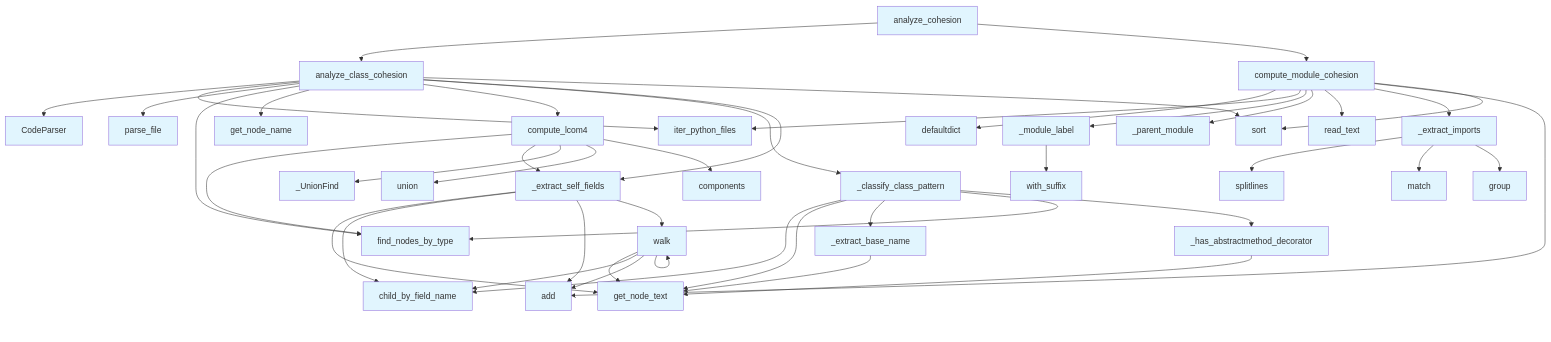
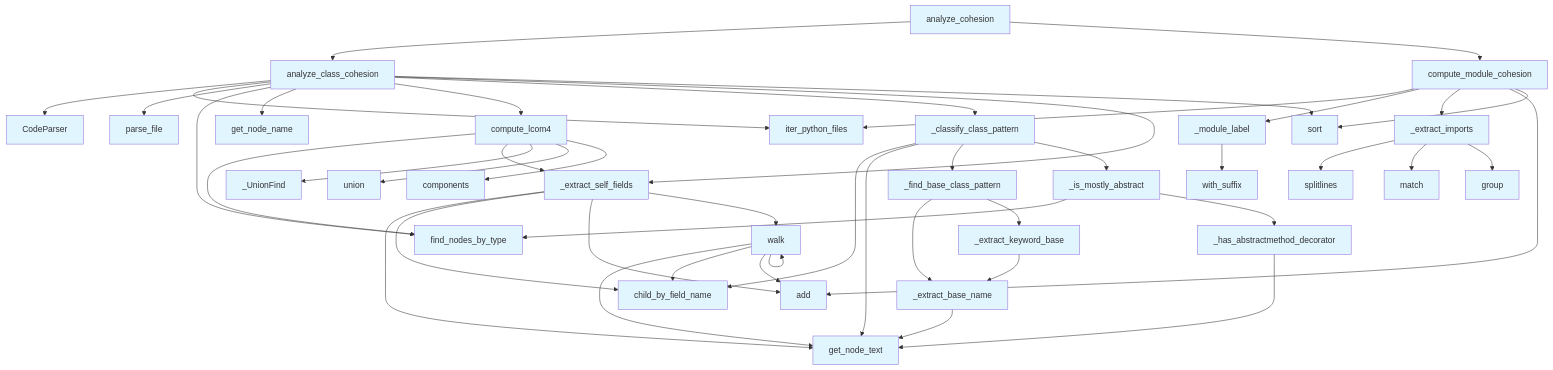
One commit to UrbanDiver/local-deepwiki-mcp changed the second of 2 diagrams in .deepwiki/files/src/local_deepwiki/generators/analysis/cohesion.md. Above: the diagram before and after it, drawn with Mermaid. The commit also changed other lines of this file and 61 other files, not shown here.

````diff
--- a/.deepwiki/files/src/local_deepwiki/generators/analysis/cohesion.md
+++ b/.deepwiki/files/src/local_deepwiki/generators/analysis/cohesion.md
@@ -463,78 +454,79 @@
 ```mermaid
 flowchart TD
     N0[CodeParser]
     N1[_UnionFind]
     N2[_classify_class_pattern]
     N3[_extract_base_name]
     N4[_extract_imports]
-    N5[_extract_self_fields]
-    N6[_has_abstractmethod_decorator]
-    N7[_module_label]
-    N8[_parent_module]
-    N9[add]
-    N10[analyze_class_cohesion]
-    N11[analyze_cohesion]
-    N12[child_by_field_name]
-    N13[components]
-    N14[compute_lcom4]
-    N15[compute_module_cohesion]
-    N16[defaultdict]
-    N17[find_nodes_by_type]
-    N18[get_node_name]
-    N19[get_node_text]
-    N20[group]
-    N21[iter_python_files]
-    N22[match]
-    N23[parse_file]
-    N24[read_text]
+    N5[_extract_keyword_base]
+    N6[_extract_self_fields]
+    N7[_find_base_class_pattern]
+    N8[_has_abstractmethod_decorator]
+    N9[_is_mostly_abstract]
+    N10[_module_label]
+    N11[add]
+    N12[analyze_class_cohesion]
+    N13[analyze_cohesion]
+    N14[child_by_field_name]
+    N15[components]
+    N16[compute_lcom4]
+    N17[compute_module_cohesion]
+    N18[find_nodes_by_type]
+    N19[get_node_name]
+    N20[get_node_text]
+    N21[group]
+    N22[iter_python_files]
+    N23[match]
+    N24[parse_file]
     N25[sort]
     N26[splitlines]
     N27[union]
     N28[walk]
     N29[with_suffix]
-    N5 --> N19
-    N5 --> N12
-    N5 --> N9
-    N5 --> N28
-    N28 --> N19
-    N28 --> N12
-    N28 --> N9
+    N6 --> N20
+    N6 --> N14
+    N6 --> N11
+    N6 --> N28
+    N28 --> N20
+    N28 --> N14
+    N28 --> N11
     N28 --> N28
-    N2 --> N12
-    N2 --> N19
-    N2 --> N3
-    N2 --> N17
-    N2 --> N6
-    N3 --> N19
-    N6 --> N19
-    N14 --> N17
-    N14 --> N5
-    N14 --> N1
-    N14 --> N27
-    N14 --> N13
-    N10 --> N0
-    N10 --> N21
-    N10 --> N23
-    N10 --> N17
-    N10 --> N18
-    N10 --> N14
-    N10 --> N2
-    N10 --> N5
-    N10 --> N25
+    N3 --> N20
+    N8 --> N20
+    N5 --> N3
+    N7 --> N3
+    N7 --> N5
+    N9 --> N18
+    N9 --> N8
+    N2 --> N14
+    N2 --> N20
+    N2 --> N7
+    N2 --> N9
+    N16 --> N18
+    N16 --> N6
+    N16 --> N1
+    N16 --> N27
+    N16 --> N15
+    N12 --> N0
+    N12 --> N22
+    N12 --> N24
+    N12 --> N18
+    N12 --> N19
+    N12 --> N16
+    N12 --> N2
+    N12 --> N6
+    N12 --> N25
     N4 --> N26
-    N4 --> N22
-    N4 --> N20
-    N7 --> N29
-    N15 --> N16
-    N15 --> N21
-    N15 --> N7
-    N15 --> N8
-    N15 --> N24
-    N15 --> N4
-    N15 --> N9
-    N15 --> N25
-    N11 --> N10
-    N11 --> N15
+    N4 --> N23
+    N4 --> N21
+    N10 --> N29
+    N17 --> N22
+    N17 --> N10
+    N17 --> N4
+    N17 --> N11
+    N17 --> N25
+    N13 --> N12
+    N13 --> N17
     classDef func fill:#e1f5fe
     class N0,N1,N2,N3,N4,N5,N6,N7,N8,N9,N10,N11,N12,N13,N14,N15,N16,N17,N18,N19,N20,N21,N22,N23,N24,N25,N26,N27,N28,N29 func
 ```
````
